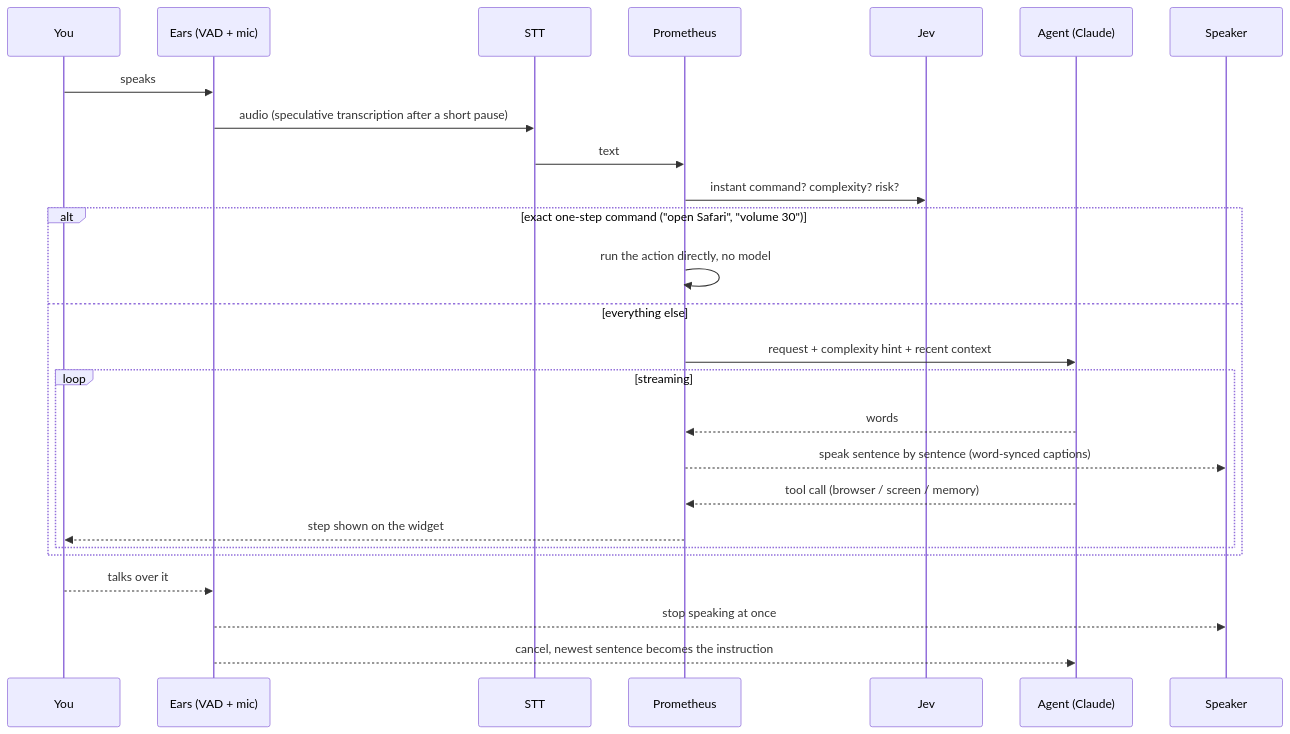
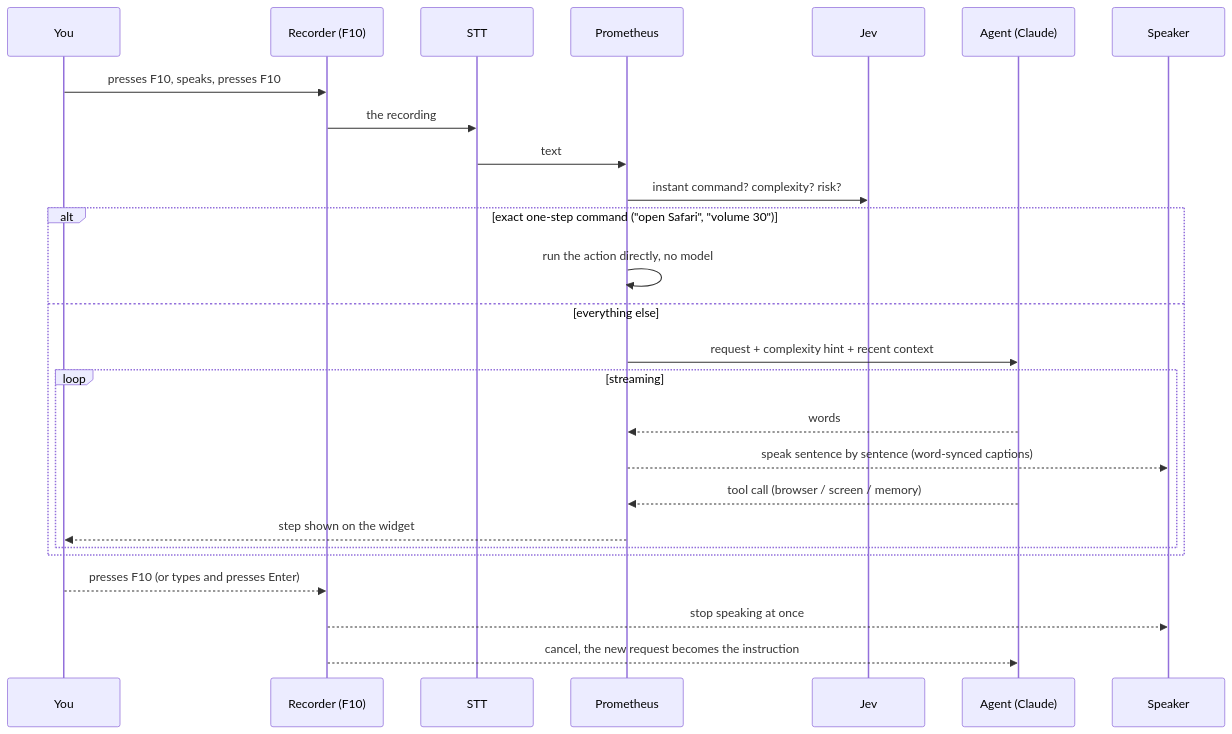
The second of 2 diagrams in README.md (siddh30/prometheus-voice-control), drawn with Mermaid before and after one commit. The commit also changed other lines of this file and 44 other files, not shown here.

````diff
--- a/README.md
+++ b/README.md
@@ -110,29 +108,29 @@
 ```mermaid
 sequenceDiagram
     participant U as You
-    participant E as Ears (VAD + mic)
+    participant E as Recorder (F10)
     participant S as STT
     participant P as Prometheus
     participant J as Jev
     participant A as Agent (Claude)
     participant T as Speaker
 
-    U->>E: speaks
-    E->>S: audio (speculative transcription after a short pause)
+    U->>E: presses F10, speaks, presses F10
+    E->>S: the recording
     S->>P: text
     P->>J: instant command? complexity? risk?
     alt exact one-step command ("open Safari", "volume 30")
         P->>P: run the action directly, no model
     else everything else
         P->>A: request + complexity hint + recent context
         loop streaming
             A-->>P: words
             P-->>T: speak sentence by sentence (word-synced captions)
             A-->>P: tool call (browser / screen / memory)
             P-->>U: step shown on the widget
         end
     end
-    U-->>E: talks over it
+    U-->>E: presses F10 (or types and presses Enter)
     E-->>T: stop speaking at once
-    E-->>A: cancel, newest sentence becomes the instruction
+    E-->>A: cancel, the new request becomes the instruction
 ```
````
